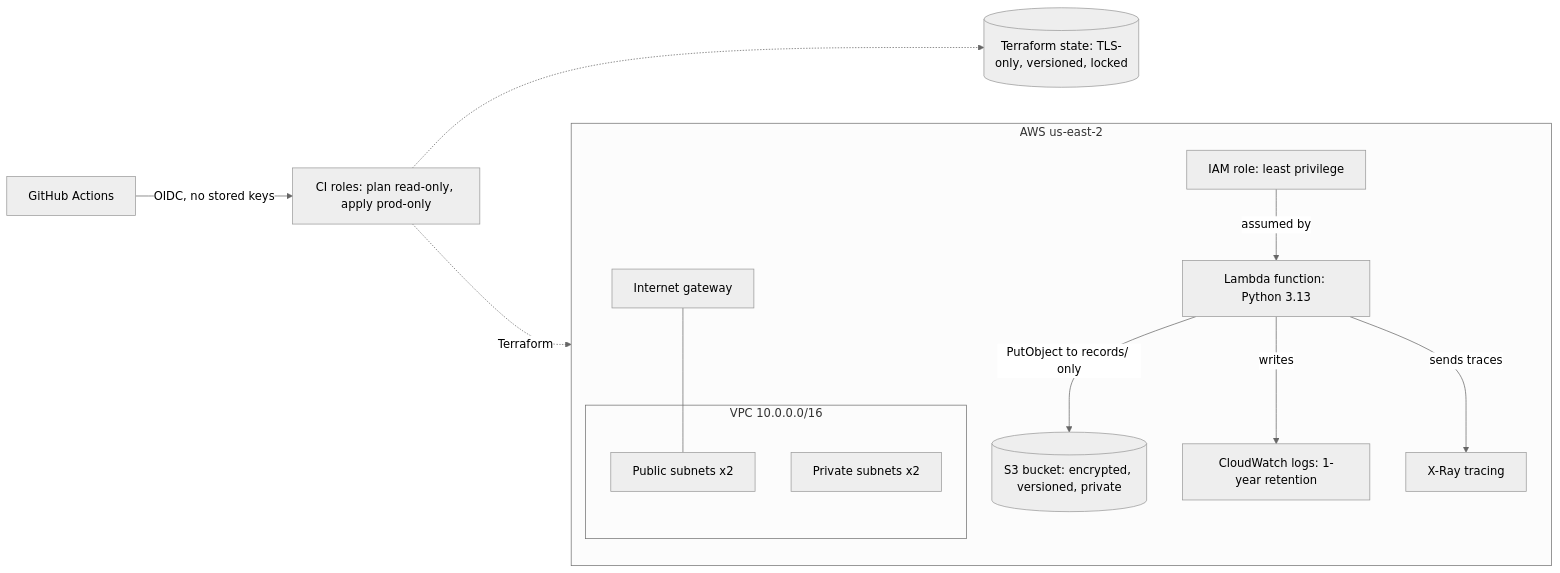
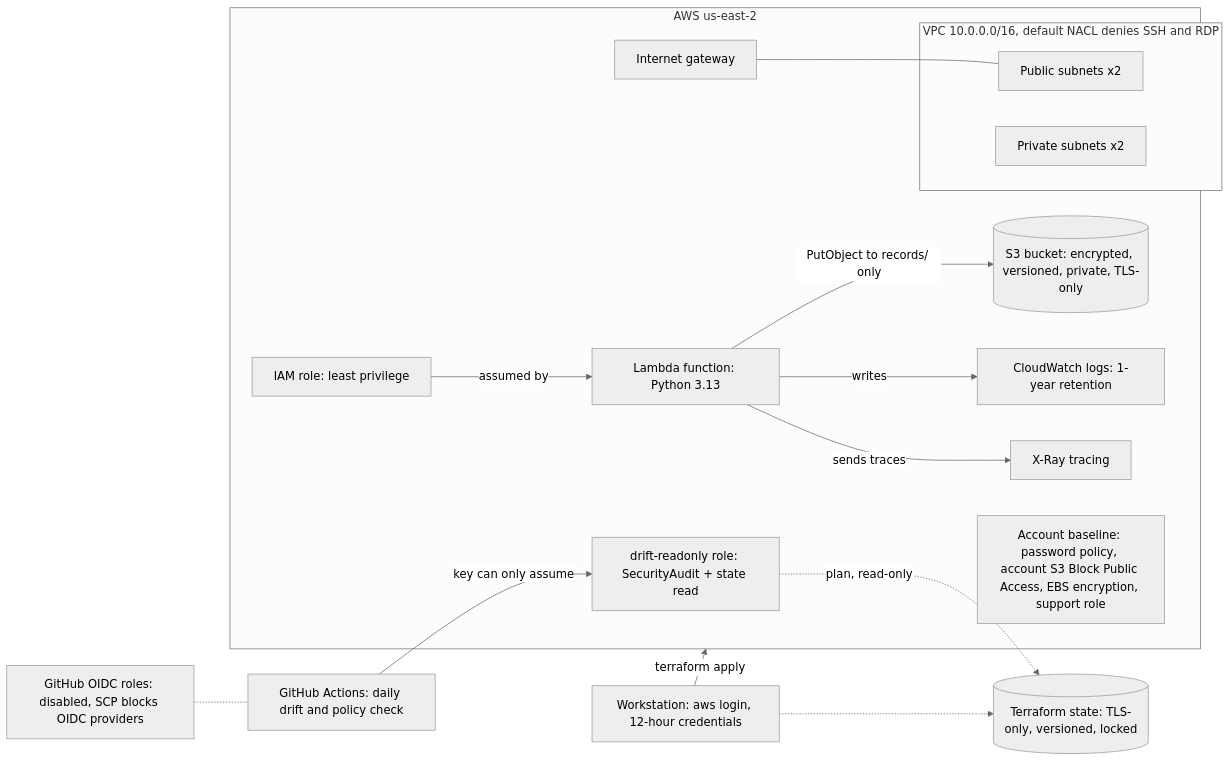
Before and after one commit to Harley305/devsecops-lab: the diagram in README.md, drawn with Mermaid (neutral theme). The commit also changed other lines of this file and 3 other files, not shown here.

````diff
--- a/README.md
+++ b/README.md
@@ -9,23 +9,27 @@
 ```mermaid
 flowchart LR
   subgraph aws["AWS us-east-2"]
-    subgraph vpc["VPC 10.0.0.0/16"]
+    subgraph vpc["VPC 10.0.0.0/16, default NACL denies SSH and RDP"]
       pub["Public subnets x2"]
       priv["Private subnets x2"]
     end
     igw["Internet gateway"] --- pub
     role["IAM role: least privilege"]
     fn["Lambda function: Python 3.13"]
-    s3[("S3 bucket: encrypted, versioned, private")]
+    s3[("S3 bucket: encrypted, versioned, private, TLS-only")]
     logs["CloudWatch logs: 1-year retention"]
     xray["X-Ray tracing"]
+    base["Account baseline: password policy, account S3 Block Public Access, EBS encryption, support role"]
+    ro["drift-readonly role: SecurityAudit + state read"]
   end
-  gha["GitHub Actions"] -->|"OIDC, no stored keys"| ci["CI roles: plan read-only, apply prod-only"]
-  ci -.->|"Terraform"| aws
+  dev["Workstation: aws login, 12-hour credentials"] -->|"terraform apply"| aws
   state[("Terraform state: TLS-only, versioned, locked")]
-  ci -.-> state
+  dev -.-> state
+  gha["GitHub Actions: daily drift and policy check"] -->|"key can only assume"| ro
+  ro -.->|"plan, read-only"| state
+  oidc["GitHub OIDC roles: disabled, SCP blocks OIDC providers"] -.- gha
   role -->|"assumed by"| fn
   fn -->|"PutObject to records/ only"| s3
   fn -->|"writes"| logs
   fn -->|"sends traces"| xray
 ```
````
